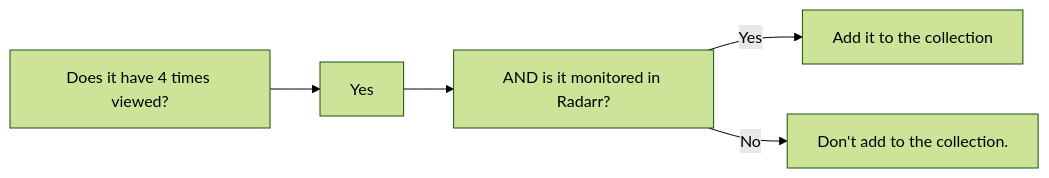
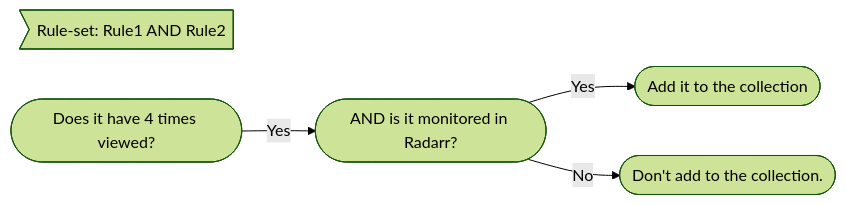
Before and after one commit to ydkmlt84/Maintainerr_docs: the first of 2 diagrams in Tutorials/Tutorial_S01E02.md, drawn with Mermaid (forest theme). The commit also changed other lines of this file, not shown here.

````diff
--- a/Tutorials/Tutorial_S01E02.md
+++ b/Tutorials/Tutorial_S01E02.md
@@ -55,7 +57,7 @@
  ```mermaid
  graph LR
-A[Does it have 4 times viewed?] -->B[Yes]
-    B --> C[AND is it monitored in Radarr?]
-    C -->|Yes| D[Add it to the collection]
-    C -->|No| E[Don't add to the collection.] 
+ title:>Rule-set: Rule1 AND Rule2]
+A([Does it have 4 times viewed?]) -->|Yes|B([AND is it monitored in Radarr?])
+    B -->|Yes| C([Add it to the collection])
+    B -->|No| D([Don't add to the collection.]) 
 ```
````
